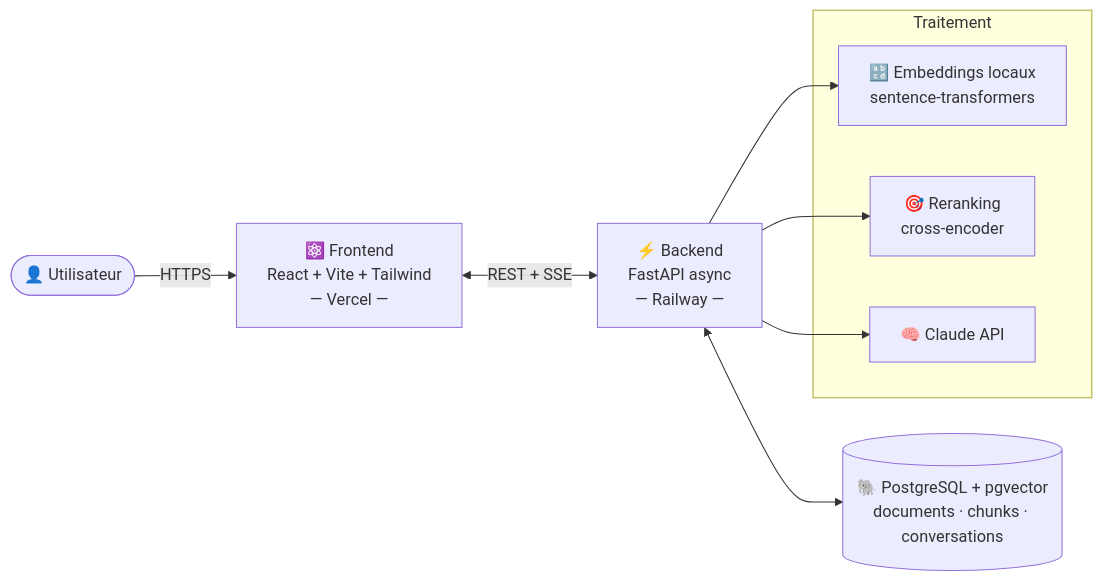
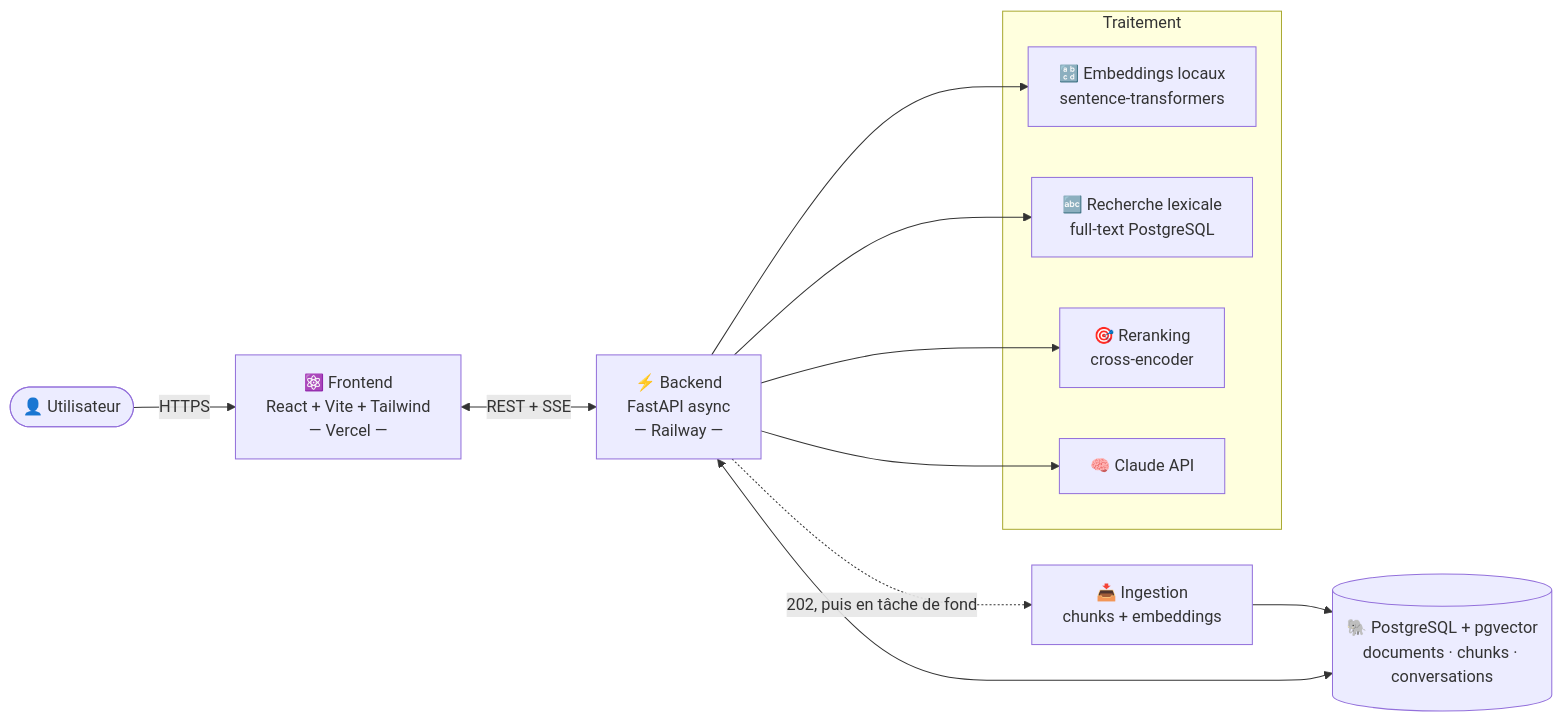
Before and after one commit to mrSvet0zar/rag-application: the first of 2 diagrams in README.md, drawn with Mermaid. The commit also changed other lines of this file, not shown here.

````diff
--- a/README.md
+++ b/README.md
@@ -52,16 +56,20 @@
 ```mermaid
 flowchart LR
     U(["👤 Utilisateur"]) -->|HTTPS| FE["⚛️ Frontend<br/>React + Vite + Tailwind<br/>— Vercel —"]
     FE <-->|"REST + SSE"| BE["⚡ Backend<br/>FastAPI async<br/>— Railway —"]
 
     subgraph Traitement
         EMB["🔡 Embeddings locaux<br/>sentence-transformers"]
+        LEX["🔤 Recherche lexicale<br/>full-text PostgreSQL"]
         RR["🎯 Reranking<br/>cross-encoder"]
         LLM["🧠 Claude API"]
     end
 
     BE --> EMB
+    BE --> LEX
     BE --> RR
     BE --> LLM
+    BE -.->|"202, puis en tâche de fond"| ING["📥 Ingestion<br/>chunks + embeddings"]
+    ING --> DB
     BE <--> DB[("🐘 PostgreSQL + pgvector<br/>documents · chunks · conversations")]
 ```
````
